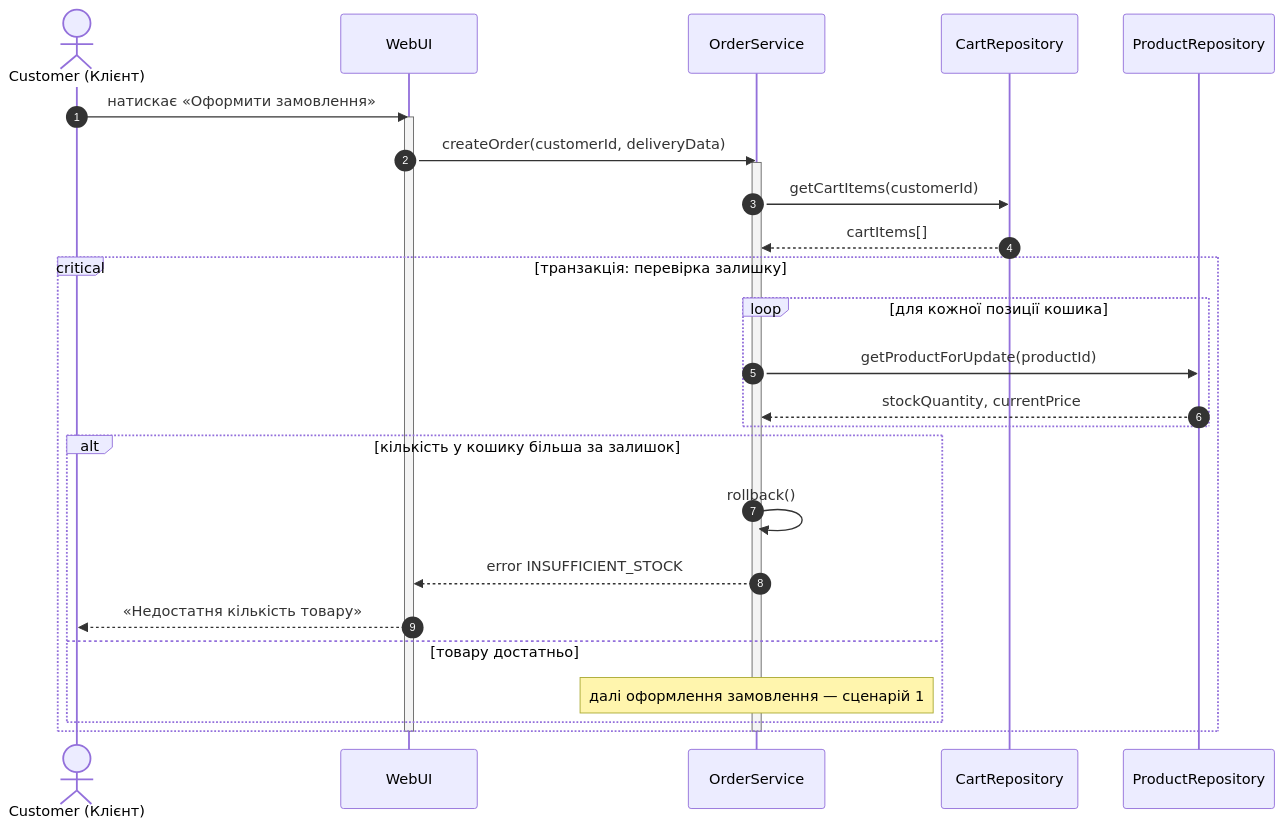
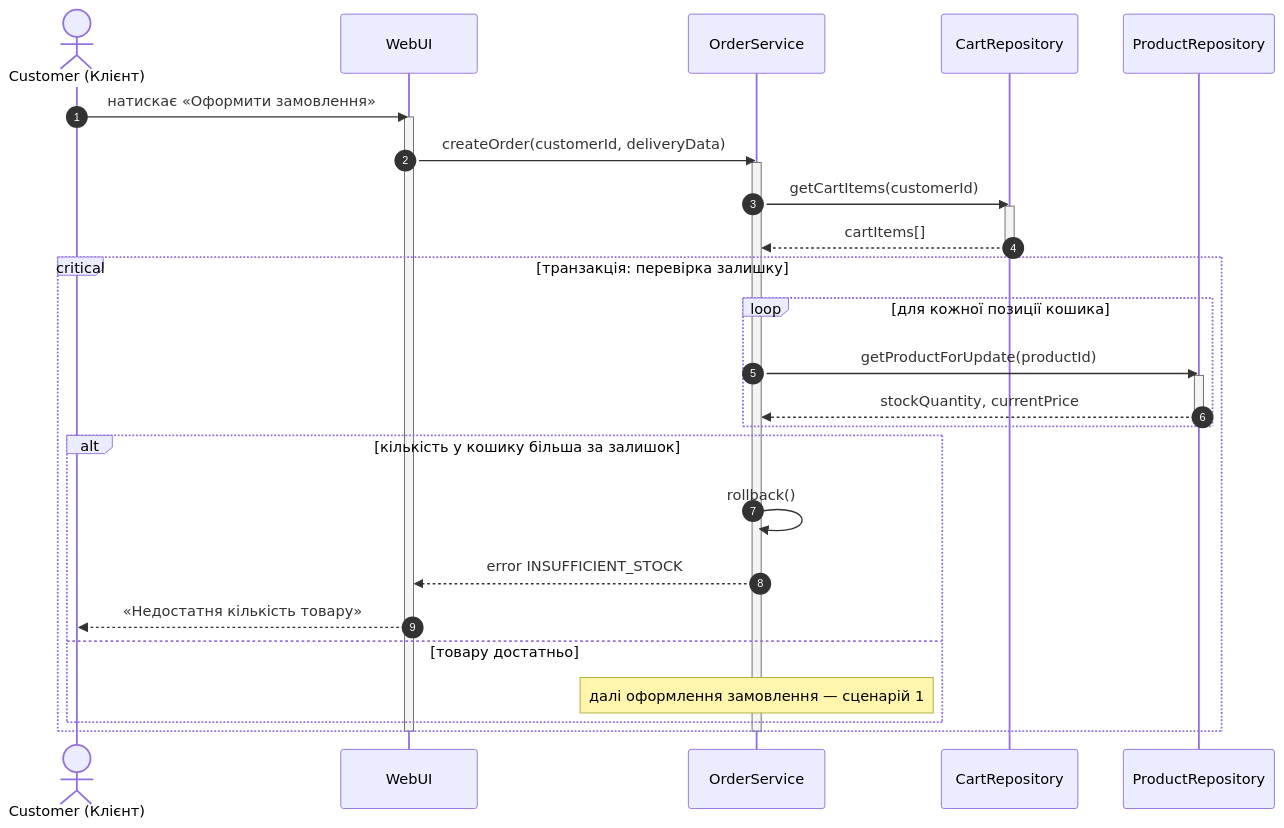
One commit to AlegZabivnoy/Software-engineering-components-2- changed the diagram in Diagrams/sequence-uc03-no-stock.mmd. Above: the diagram before and after it, drawn with Mermaid. The commit also changed 1 other file, not shown here.

```diff
--- a/Diagrams/sequence-uc03-no-stock.mmd
+++ b/Diagrams/sequence-uc03-no-stock.mmd
@@ -1,31 +1,35 @@
 sequenceDiagram
     autonumber
     actor C as Customer (Клієнт)
     participant UI as WebUI
     participant OS as OrderService
     participant CR as CartRepository
     participant PR as ProductRepository
 
     C->>UI: натискає «Оформити замовлення»
     activate UI
     UI->>OS: createOrder(customerId, deliveryData)
     activate OS
     OS->>CR: getCartItems(customerId)
+    activate CR
     CR-->>OS: cartItems[]
+    deactivate CR
 
     critical транзакція: перевірка залишку
         loop для кожної позиції кошика
             OS->>PR: getProductForUpdate(productId)
+            activate PR
             PR-->>OS: stockQuantity, currentPrice
+            deactivate PR
         end
 
         alt кількість у кошику більша за залишок
             OS->>OS: rollback()
             OS-->>UI: error INSUFFICIENT_STOCK
             UI-->>C: «Недостатня кількість товару»
         else товару достатньо
             Note over OS: далі оформлення замовлення — сценарій 1
         end
     end
     deactivate OS
     deactivate UI
```
